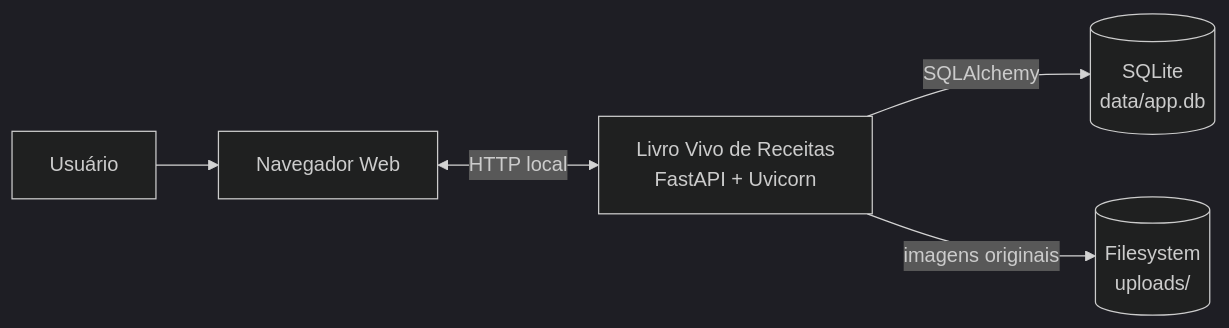
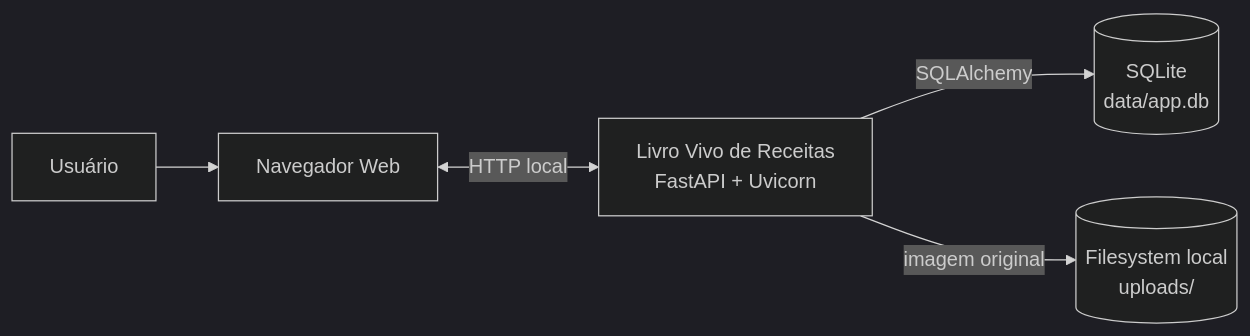
The first of 8 diagrams in docs/ARCHITECTURE_DIAGRAMS.md (tscherubino/esp-t2-es-c4), drawn with Mermaid (dark theme) before and after one commit. The commit also changed other lines of this file, not shown here.

First line of the commit message:
docs(arquitetura): atualizar diagramas do fluxo de importação

````diff
--- a/docs/ARCHITECTURE_DIAGRAMS.md
+++ b/docs/ARCHITECTURE_DIAGRAMS.md
@@ -28,7 +27,7 @@
 ```mermaid
 flowchart LR
     User[Usuário] --> Browser[Navegador Web]
     Browser <-->|HTTP local| App[Livro Vivo de Receitas\nFastAPI + Uvicorn]
     App -->|SQLAlchemy| DB[(SQLite\ndata/app.db)]
-    App -->|imagens originais| Files[(Filesystem\nuploads/)]
+    App -->|imagem original| Files[(Filesystem local\nuploads/)]
 ```
````
